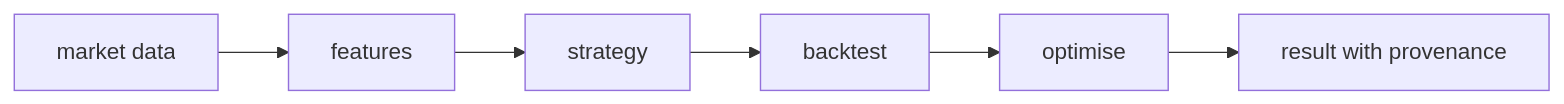
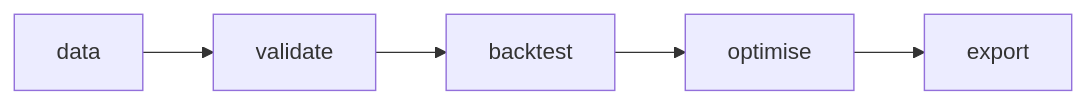
The diagram in apps/digithings-web/content/book/13-digiquant/index.mdx (digithings-ai/digithings), drawn with Mermaid before and after one commit. The commit also changed other lines of this file and 75 other files, not shown here.

````diff
--- a/apps/digithings-web/content/book/13-digiquant/index.mdx
+++ b/apps/digithings-web/content/book/13-digiquant/index.mdx
@@ -35,8 +25,7 @@
-```mermaid
+```mermaid each arrow is a contract: a stage reads only what the stage before it wrote
 flowchart LR
-  DATA[market data] --> FEAT[features]
-  FEAT --> STRAT[strategy]
-  STRAT --> BACK[backtest]
+  DATA[data] --> VAL[validate]
+  VAL --> BACK[backtest]
   BACK --> OPT[optimise]
-  OPT --> OUT[result with provenance]
+  OPT --> EXP[export]
 ```
````
